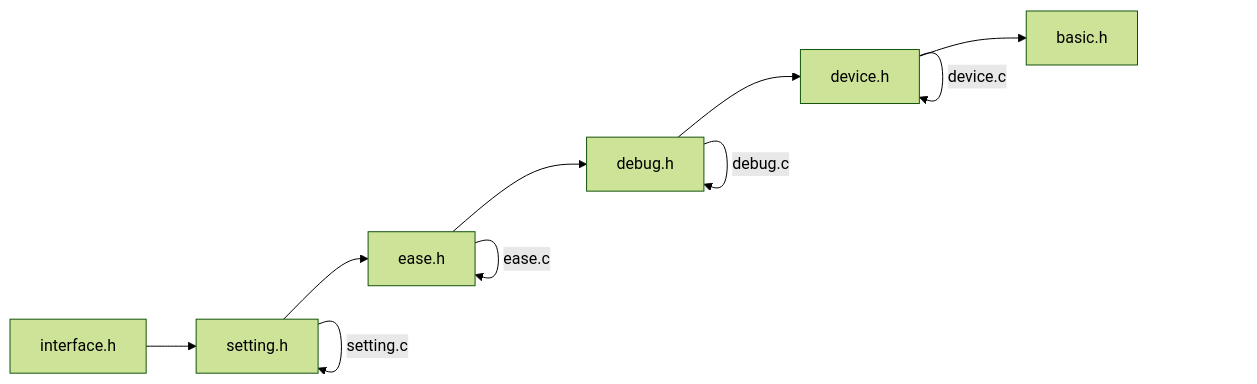
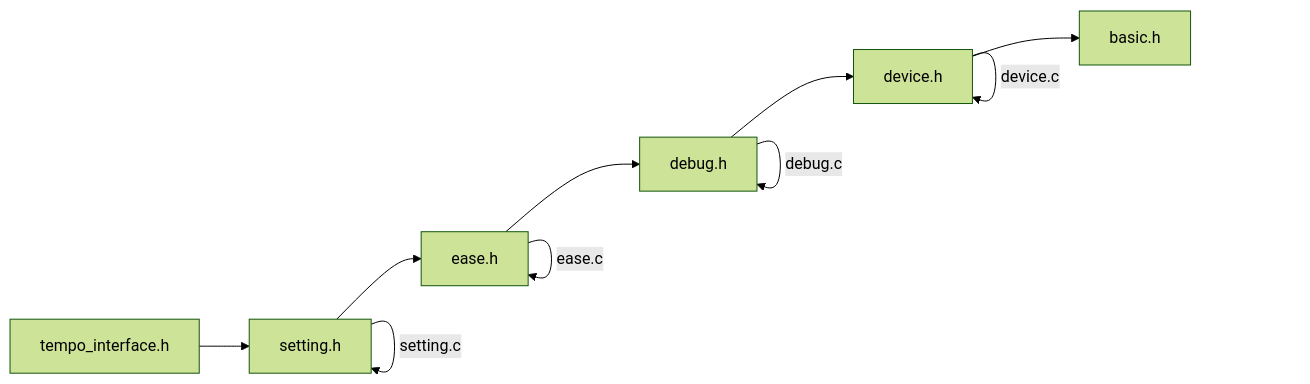
The diagram in src/inner/basic/README.md (ShilianShen/Jasmin), drawn with Mermaid (forest theme) before and after one commit. The commit also changed 17 other files, not shown here.

````diff
--- a/src/inner/basic/README.md
+++ b/src/inner/basic/README.md
@@ -3,8 +3,8 @@
 ```mermaid
 graph LR
-    interface.h --> setting.h --> ease.h --> debug.h --> device.h --> basic.h
+    tempo_interface.h --> setting.h --> ease.h --> debug.h --> device.h --> basic.h
     setting.h --setting.c--> setting.h
     ease.h --ease.c--> ease.h
     debug.h --debug.c--> debug.h
     device.h --device.c--> device.h
 ```
````
